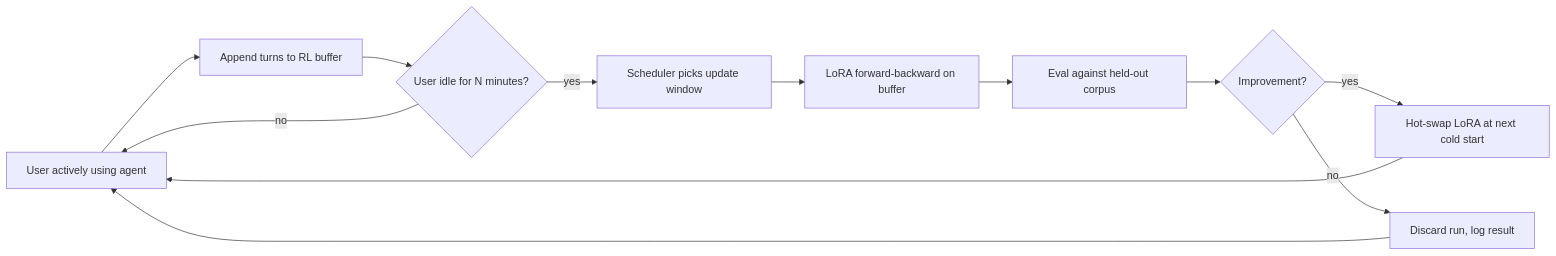
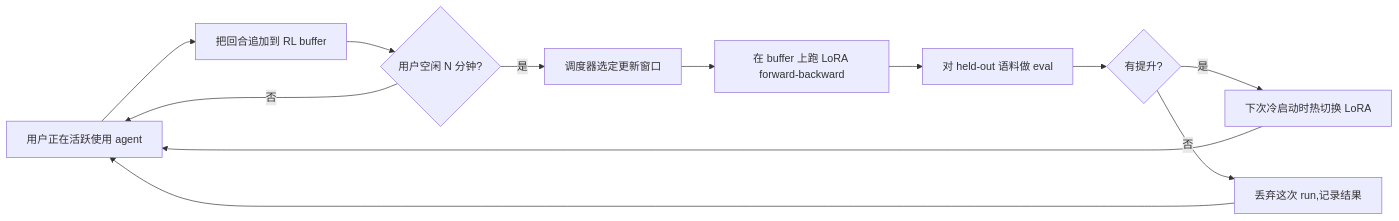
The third of 3 diagrams in course-zh/21-self-evolving-agents.md (ocxers/agentic-ai-system-course-zh), drawn with Mermaid before and after one commit. The commit also changed other lines of this file and 14 other files, not shown here.

````diff
--- a/course-zh/21-self-evolving-agents.md
+++ b/course-zh/21-self-evolving-agents.md
@@ -206,14 +206,14 @@
 ```mermaid
 flowchart LR
-    Active["User actively using agent"] --> Buffer["Append turns to RL buffer"]
-    Buffer --> Watch{"User idle for N minutes?"}
-    Watch -- no --> Active
-    Watch -- yes --> Sched["Scheduler picks update window"]
-    Sched --> Train["LoRA forward-backward on buffer"]
-    Train --> Eval["Eval against held-out corpus"]
-    Eval --> Adapter{"Improvement?"}
-    Adapter -- yes --> Swap["Hot-swap LoRA at next cold start"]
-    Adapter -- no --> Discard["Discard run, log result"]
+    Active["用户正在活跃使用 agent"] --> Buffer["把回合追加到 RL buffer"]
+    Buffer --> Watch{"用户空闲 N 分钟?"}
+    Watch -- 否 --> Active
+    Watch -- 是 --> Sched["调度器选定更新窗口"]
+    Sched --> Train["在 buffer 上跑 LoRA forward-backward"]
+    Train --> Eval["对 held-out 语料做 eval"]
+    Eval --> Adapter{"有提升?"}
+    Adapter -- 是 --> Swap["下次冷启动时热切换 LoRA"]
+    Adapter -- 否 --> Discard["丢弃这次 run,记录结果"]
     Swap --> Active
     Discard --> Active
 ```
````
